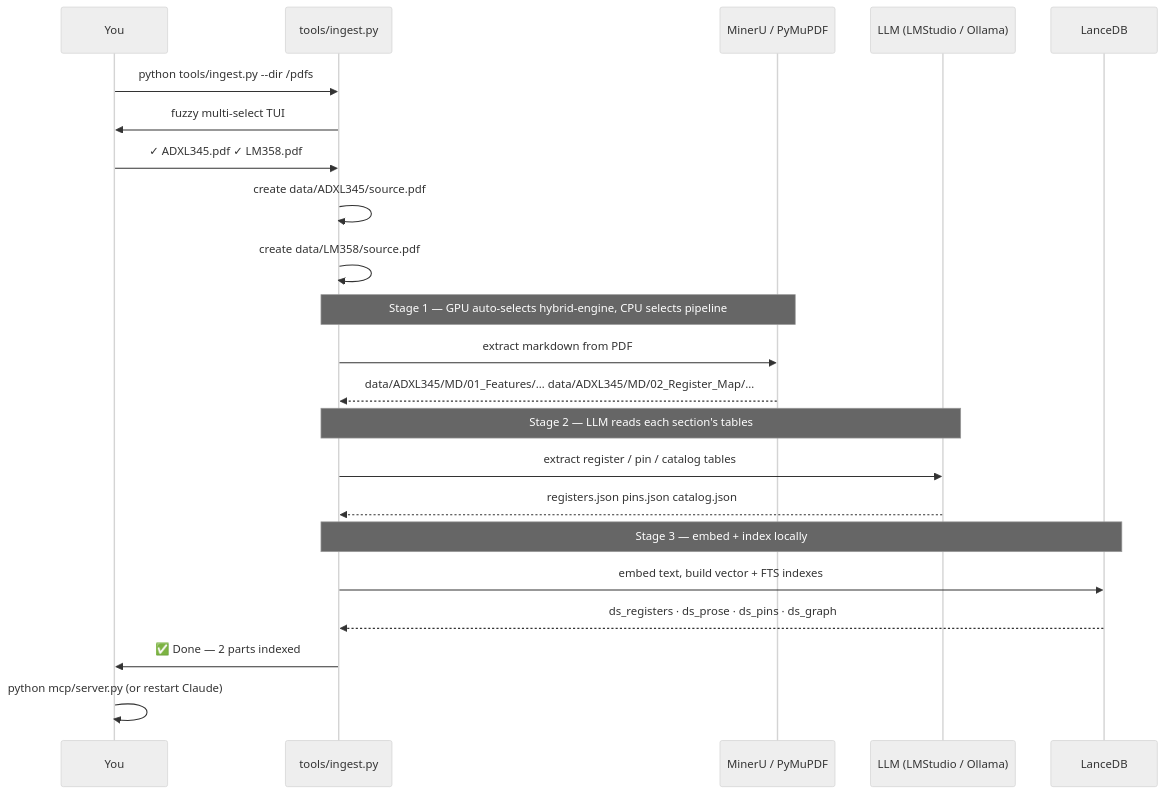
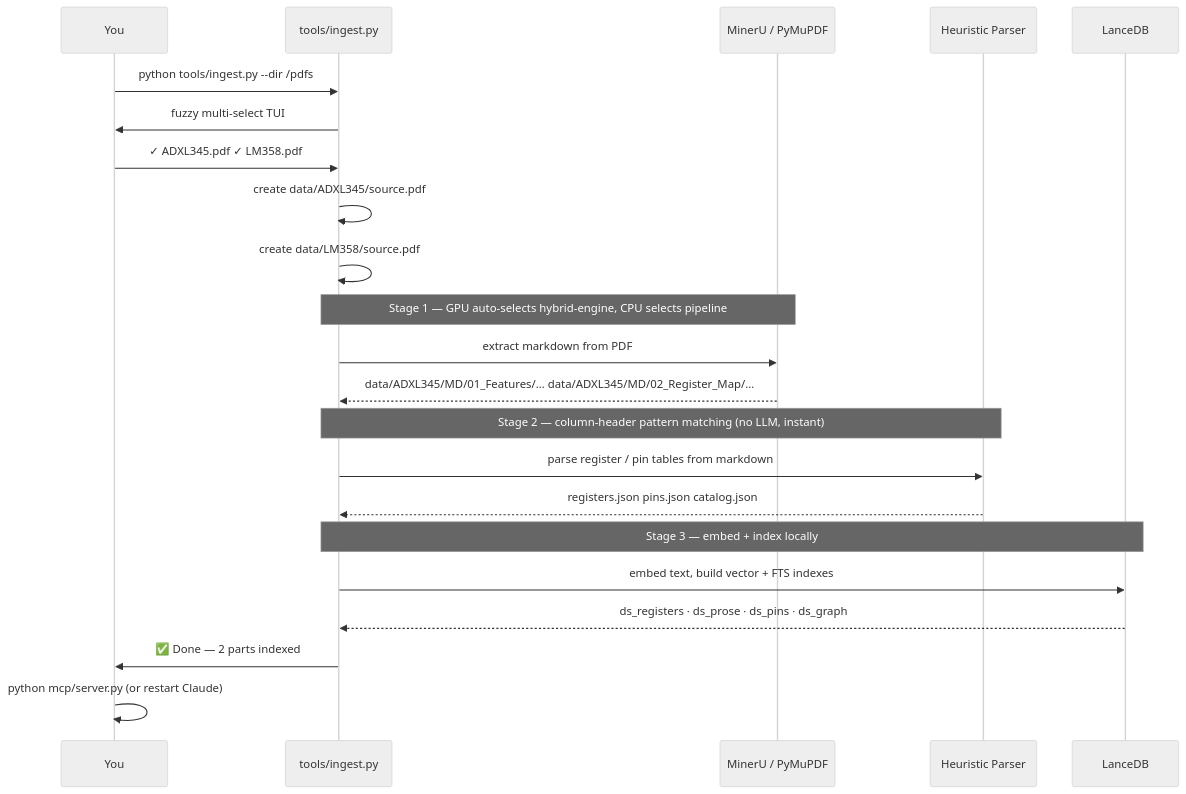
Before and after one commit to hungnguyen1503/datasheet-mcp: the third of 3 diagrams in README.md, drawn with Mermaid (neutral theme). The commit also changed other lines of this file and 5 other files, not shown here.

First line of the commit message:
Remove LLM dependency from Stage 2 — heuristic table parser

````diff
--- a/README.md
+++ b/README.md
@@ -194,29 +191,29 @@
 ```mermaid
 sequenceDiagram
     participant U as You
     participant I as tools/ingest.py
     participant M as MinerU / PyMuPDF
-    participant L as LLM (LMStudio / Ollama)
+    participant P as Heuristic Parser
     participant DB as LanceDB
 
     U->>I: python tools/ingest.py --dir /pdfs
     I->>U: fuzzy multi-select TUI
     U->>I: ✓ ADXL345.pdf  ✓ LM358.pdf
     I->>I: create data/ADXL345/source.pdf
     I->>I: create data/LM358/source.pdf
 
     Note over I,M: Stage 1 — GPU auto-selects hybrid-engine, CPU selects pipeline
     I->>M: extract markdown from PDF
     M-->>I: data/ADXL345/MD/01_Features/…  data/ADXL345/MD/02_Register_Map/…
 
-    Note over I,L: Stage 2 — LLM reads each section's tables
-    I->>L: extract register / pin / catalog tables
-    L-->>I: registers.json  pins.json  catalog.json
+    Note over I,P: Stage 2 — column-header pattern matching (no LLM, instant)
+    I->>P: parse register / pin tables from markdown
+    P-->>I: registers.json  pins.json  catalog.json
 
     Note over I,DB: Stage 3 — embed + index locally
     I->>DB: embed text, build vector + FTS indexes
     DB-->>I: ds_registers · ds_prose · ds_pins · ds_graph
 
     I->>U: ✅ Done — 2 parts indexed
     U->>U: python mcp/server.py  (or restart Claude)
 ```
````
